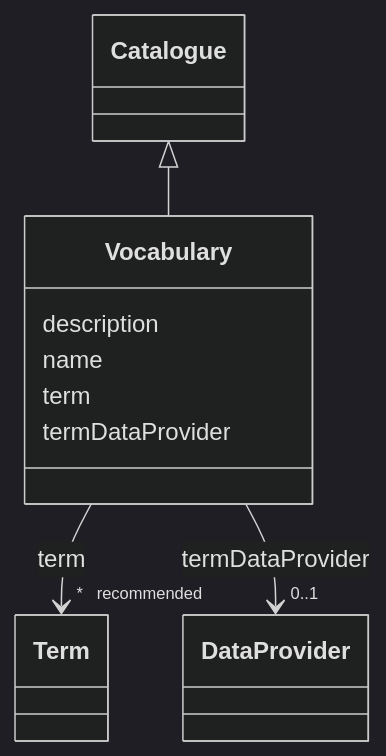
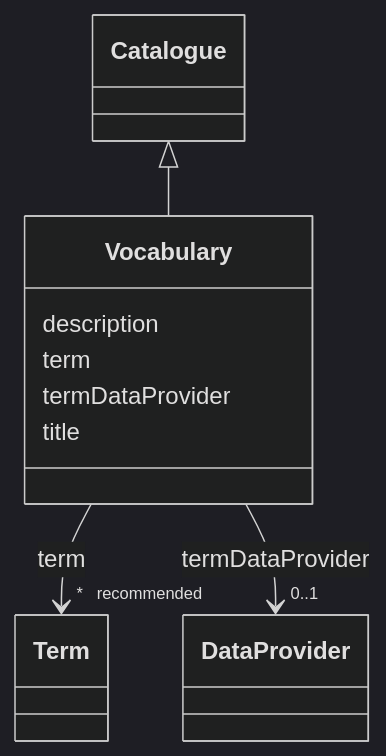
One commit to EVORA-project/evora-ontology changed the diagram in models/docs/Vocabulary.md. Above: the diagram before and after it, drawn with Mermaid (dark theme). The commit also changed other lines of this file and 435 other files, not shown here.

````diff
--- a/models/docs/Vocabulary.md
+++ b/models/docs/Vocabulary.md
@@ -19,31 +19,31 @@
 ```mermaid
  classDiagram
     class Vocabulary
     click Vocabulary href "../Vocabulary"
       Catalogue <|-- Vocabulary
         click Catalogue href "../Catalogue"
       
       Vocabulary : description
-        
-      Vocabulary : name
         
       Vocabulary : term
         
           
     
     
     Vocabulary --> "* _recommended_" Term : term
     click Term href "../Term"
 
         
       Vocabulary : termDataProvider
         
           
     
     
     Vocabulary --> "0..1" DataProvider : termDataProvider
     click DataProvider href "../DataProvider"
 
         
+      Vocabulary : title
+        
       
 ```
````
